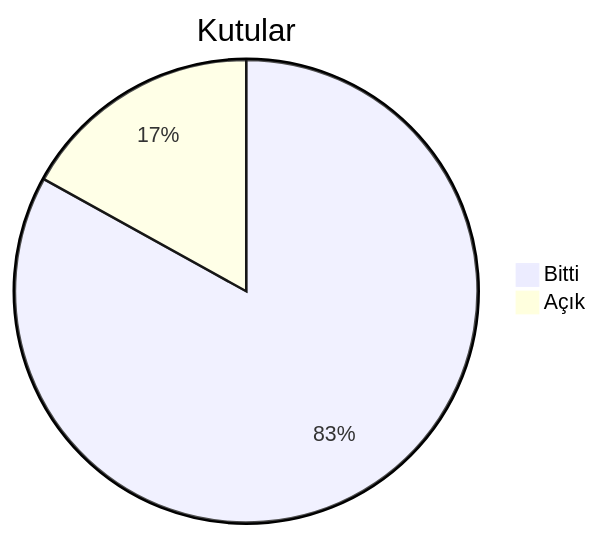
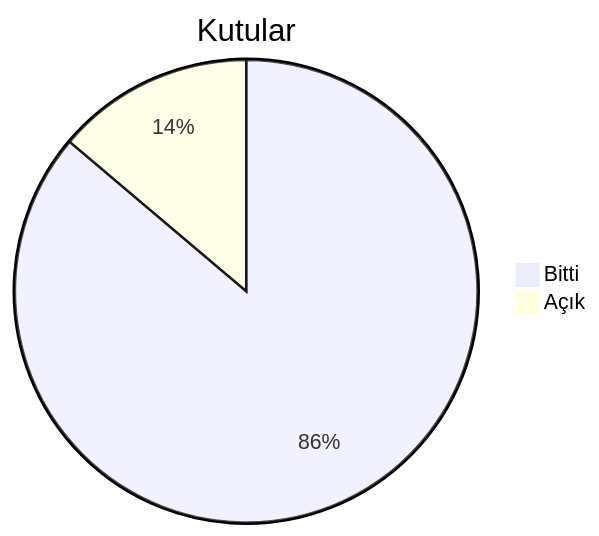
The second of 4 diagrams in docs/roadmap.md (dogancanyildiz/kenet), drawn with Mermaid before and after one commit. The commit also changed other lines of this file and 5 other files, not shown here.

````diff
--- a/docs/roadmap.md
+++ b/docs/roadmap.md
@@ -43,5 +45,5 @@
 ```mermaid
 pie title Kutular
-    "Bitti" : 98
-    "Açık" : 20
+    "Bitti" : 106
+    "Açık" : 17
 ```
````
